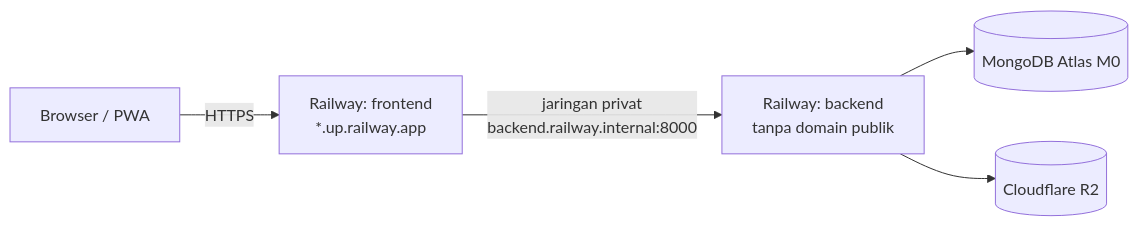
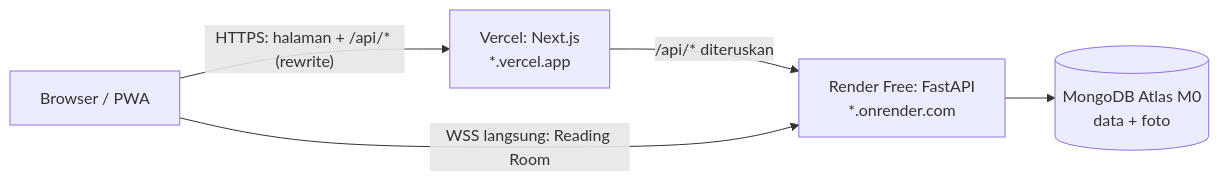
One commit to keithblue9/ReadQuest changed the second of 2 diagrams in docs/DEPLOYMENT.md. Above: the diagram before and after it, drawn with Mermaid. The commit also changed other lines of this file and 22 other files, not shown here.

First line of the commit message:
feat(deploy): ganti target ke Vercel (frontend) + Render Free (backend) + MongoDB Atlas

````diff
--- a/docs/DEPLOYMENT.md
+++ b/docs/DEPLOYMENT.md
@@ -176,7 +178,7 @@
 ```mermaid
 flowchart LR
-  U[Browser / PWA] -- HTTPS --> F[Railway: frontend<br/>*.up.railway.app]
-  F -- "jaringan privat<br/>backend.railway.internal:8000" --> B[Railway: backend<br/>tanpa domain publik]
-  B --> M[(MongoDB Atlas M0)]
-  B --> R[(Cloudflare R2)]
+  U[Browser / PWA] -- "HTTPS: halaman + /api/* (rewrite)" --> V[Vercel: Next.js<br/>*.vercel.app]
+  V -- "/api/* diteruskan" --> R[Render Free: FastAPI<br/>*.onrender.com]
+  U -- "WSS langsung: Reading Room" --> R
+  R --> M[(MongoDB Atlas M0<br/>data + foto)]
 ```
````
